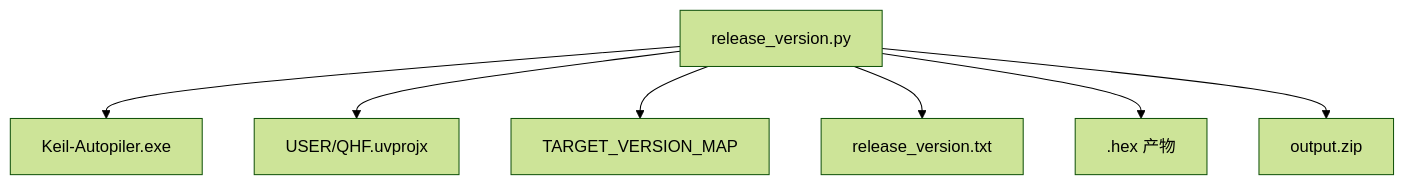
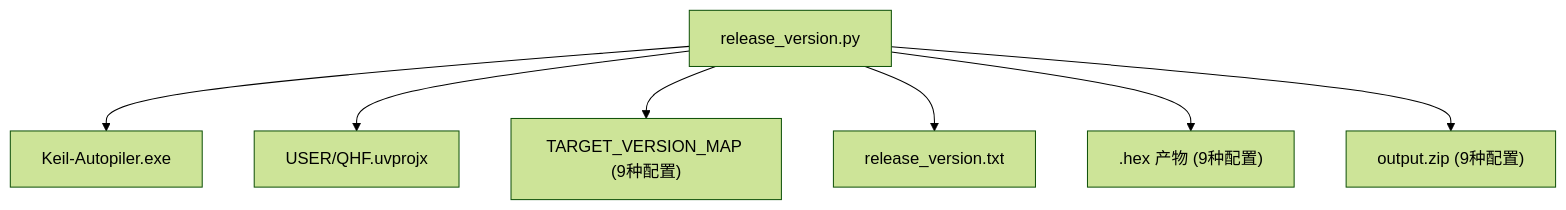
Before and after one commit to zym787/general-switcher: the fifth of 5 diagrams in .qoder/repowiki/zh/content/版本管理和构建.md, drawn with Mermaid (forest theme). The commit also changed other lines of this file and 5 other files, not shown here.

````diff
--- a/.qoder/repowiki/zh/content/版本管理和构建.md
+++ b/.qoder/repowiki/zh/content/版本管理和构建.md
@@ -241,9 +277,9 @@
 ```mermaid
 graph TB
 Script["release_version.py"] --> Tool["Keil-Autopiler.exe"]
 Script --> Proj["USER/QHF.uvprojx"]
-Script --> Map["TARGET_VERSION_MAP"]
+Script --> Map["TARGET_VERSION_MAP (9种配置)"]
 Script --> Log["release_version.txt"]
-Script --> Hex[".hex 产物"]
-Script --> Zip["output.zip"]
+Script --> Hex[".hex 产物 (9种配置)"]
+Script --> Zip["output.zip (9种配置)"]
 ```
````
